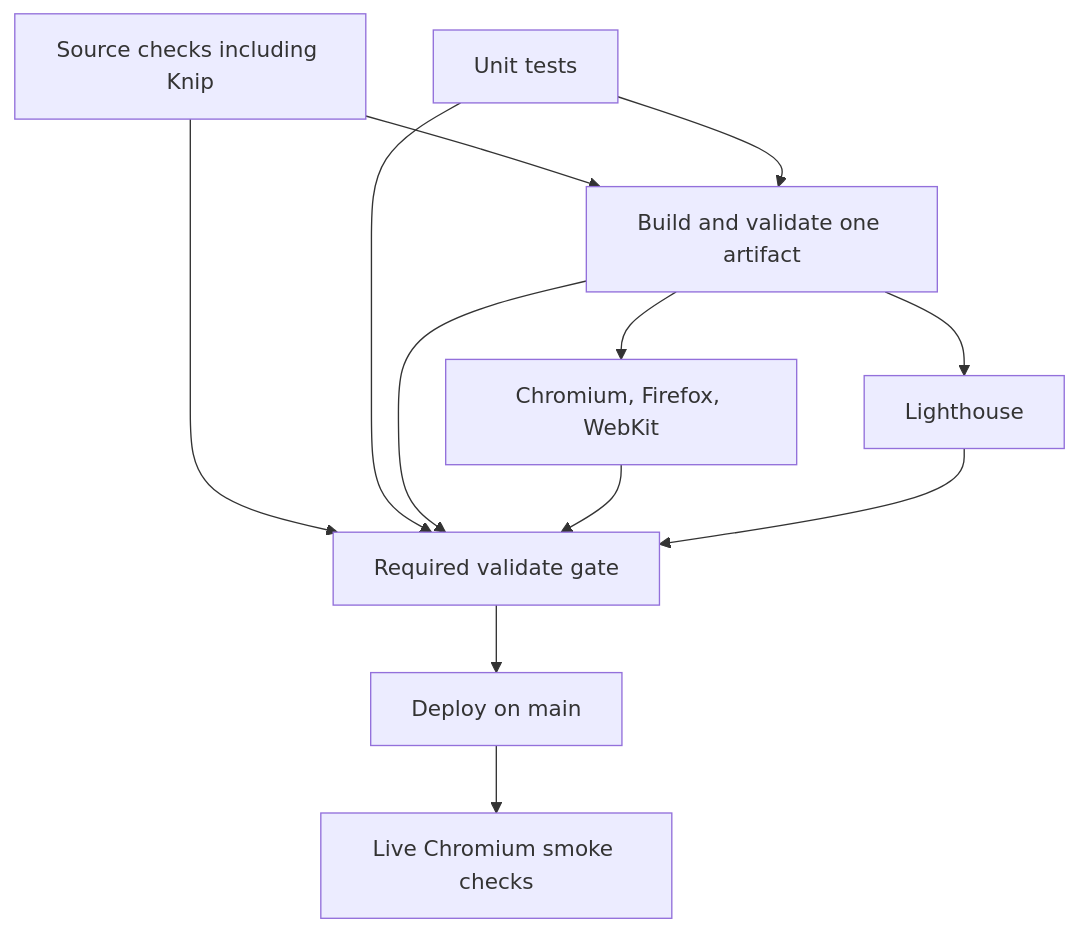
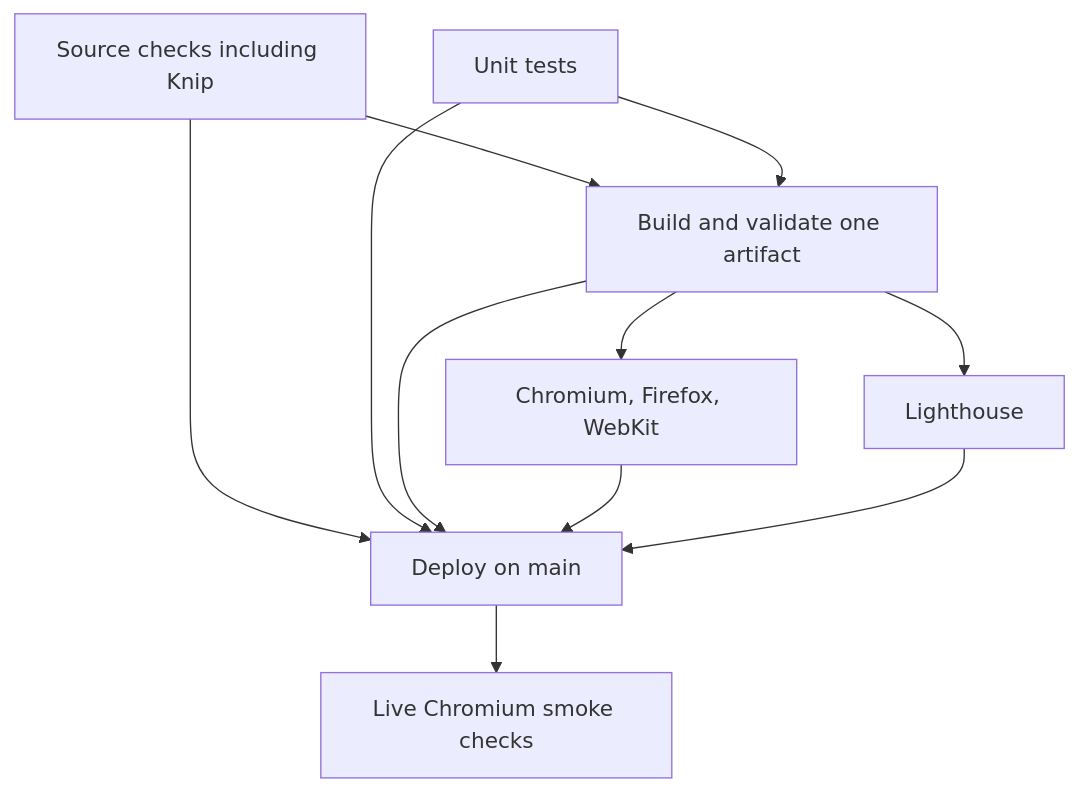
The diagram in docs/ci.md (rahul0705/rahul0705.github.io), drawn with Mermaid before and after one commit. The commit also changed other lines of this file and 3 other files, not shown here.

````diff
--- a/docs/ci.md
+++ b/docs/ci.md
@@ -11,14 +11,13 @@
 ```mermaid
 flowchart TD
   S[Source checks including Knip] --> B[Build and validate one artifact]
   U[Unit tests] --> B
   B --> P[Chromium, Firefox, WebKit]
   B --> L[Lighthouse]
-  S --> G[Required validate gate]
-  U --> G
-  B --> G
-  P --> G
-  L --> G
-  G --> D[Deploy on main]
+  S --> D[Deploy on main]
+  U --> D
+  B --> D
+  P --> D
+  L --> D
   D --> M[Live Chromium smoke checks]
 ```
````
